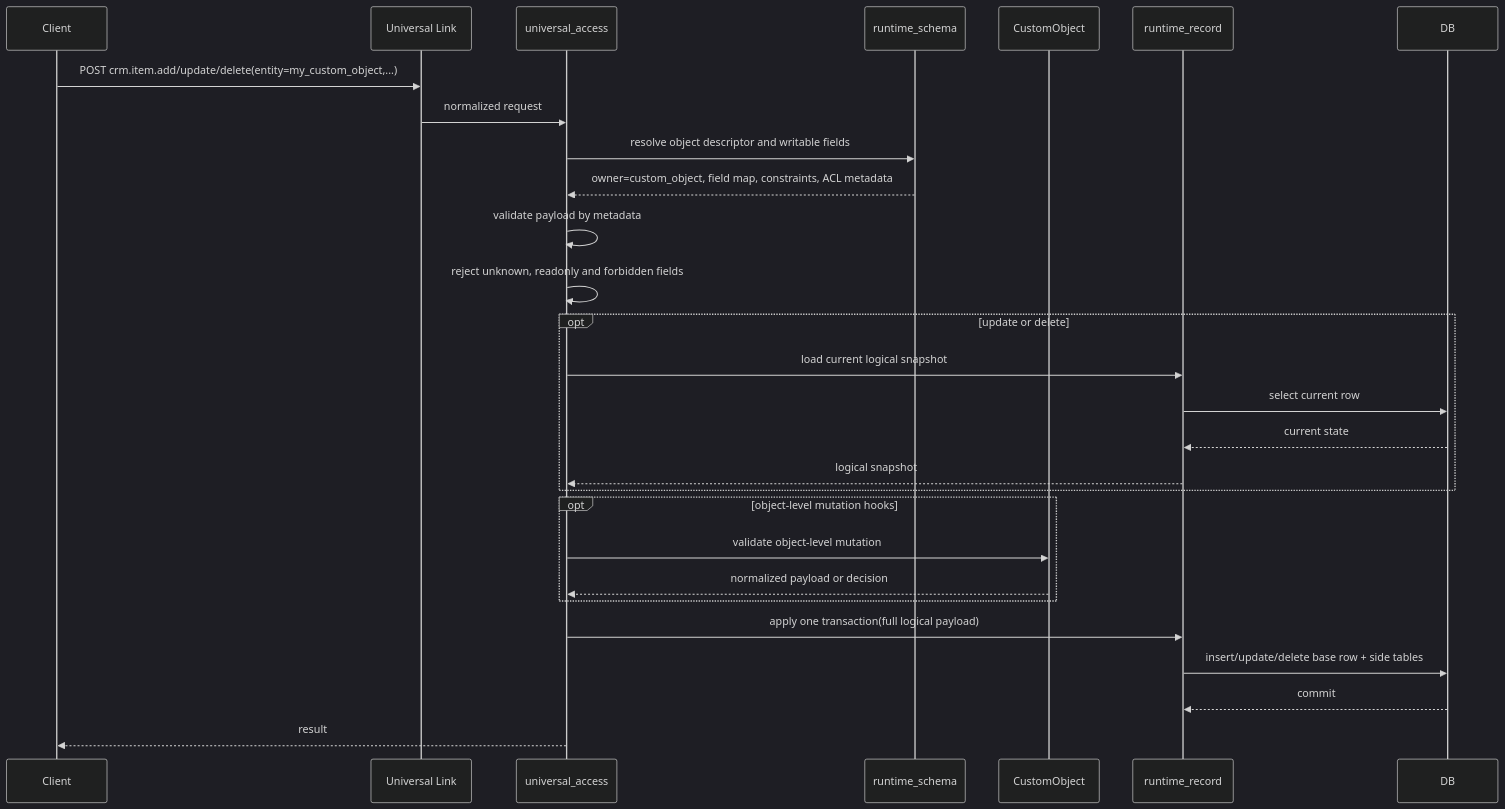
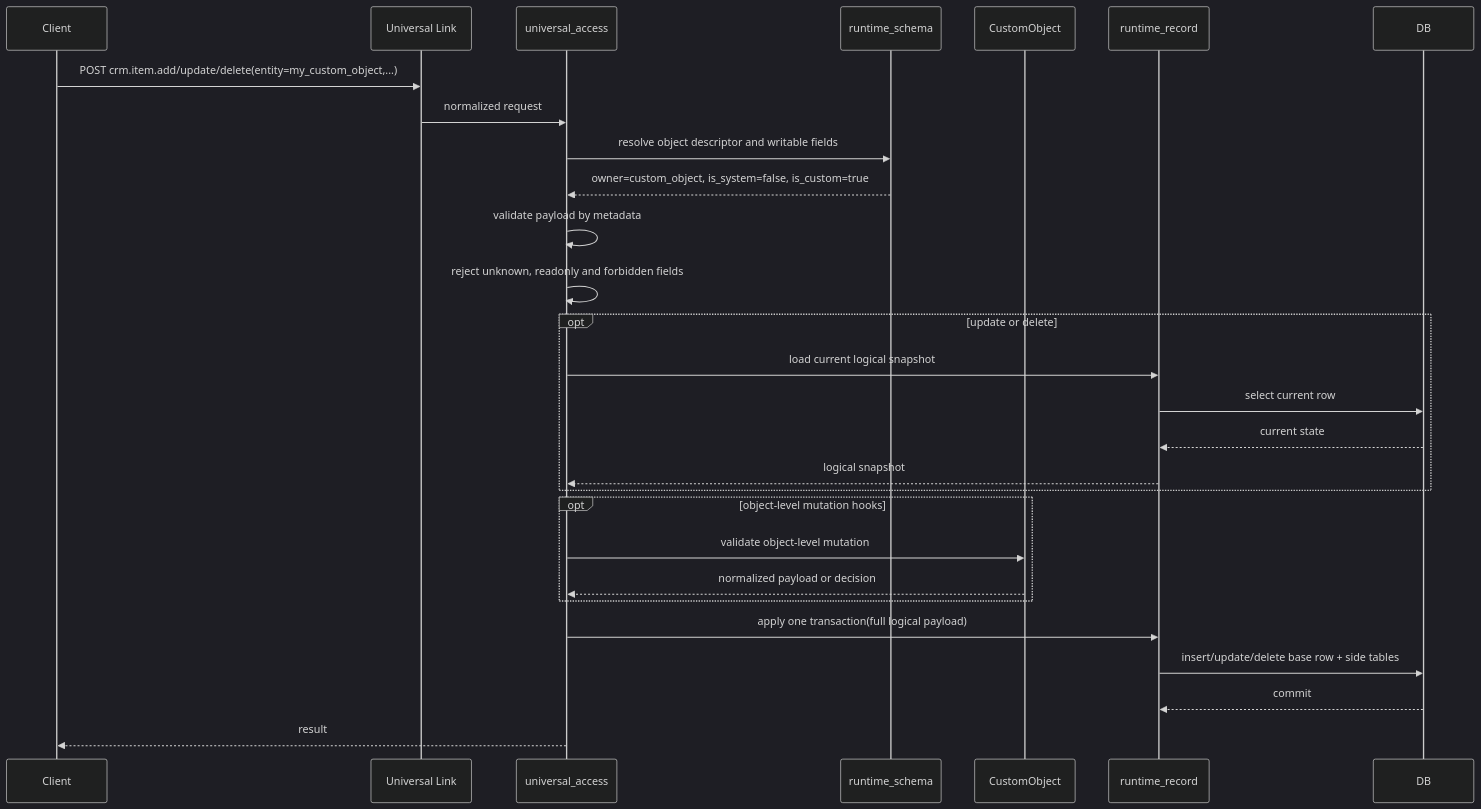
One commit to dinikon/dnk-runtime-core changed the sixth of 8 diagrams in docs/design/universal_access_crm_custom_object_flows.md. Above: the diagram before and after it, drawn with Mermaid (dark theme). The commit also changed other lines of this file and 8 other files, not shown here.

````diff
--- a/docs/design/universal_access_crm_custom_object_flows.md
+++ b/docs/design/universal_access_crm_custom_object_flows.md
@@ -332,31 +549,31 @@
 ```mermaid
 sequenceDiagram
     participant C as Client
     participant UL as Universal Link
     participant UA as universal_access
     participant RS as runtime_schema
     participant CO as CustomObject
     participant RR as runtime_record
     participant DB as DB
 
     C->>UL: POST crm.item.add/update/delete(entity=my_custom_object,...)
     UL->>UA: normalized request
     UA->>RS: resolve object descriptor and writable fields
-    RS-->>UA: owner=custom_object, field map, constraints, ACL metadata
+    RS-->>UA: owner=custom_object, is_system=false, is_custom=true
     UA->>UA: validate payload by metadata
     UA->>UA: reject unknown, readonly and forbidden fields
     opt update or delete
         UA->>RR: load current logical snapshot
         RR->>DB: select current row
         DB-->>RR: current state
         RR-->>UA: logical snapshot
     end
     opt object-level mutation hooks
         UA->>CO: validate object-level mutation
         CO-->>UA: normalized payload or decision
     end
     UA->>RR: apply one transaction(full logical payload)
     RR->>DB: insert/update/delete base row + side tables
     DB-->>RR: commit
     UA-->>C: result
 ```
````
